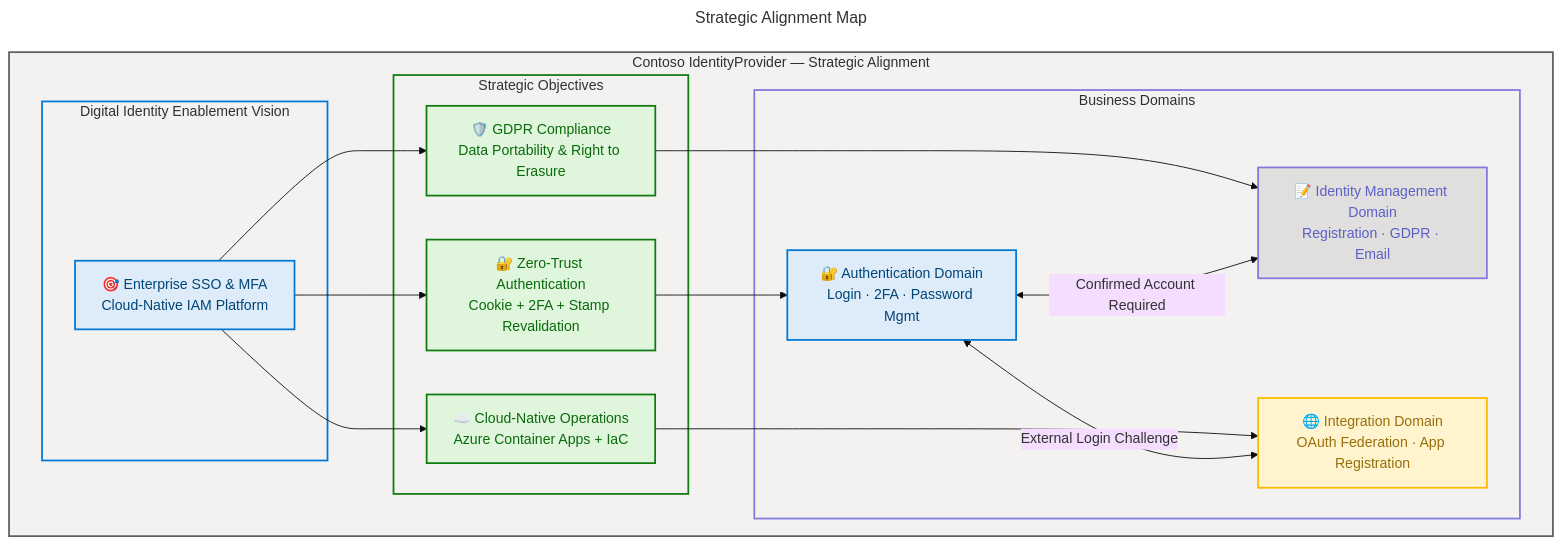
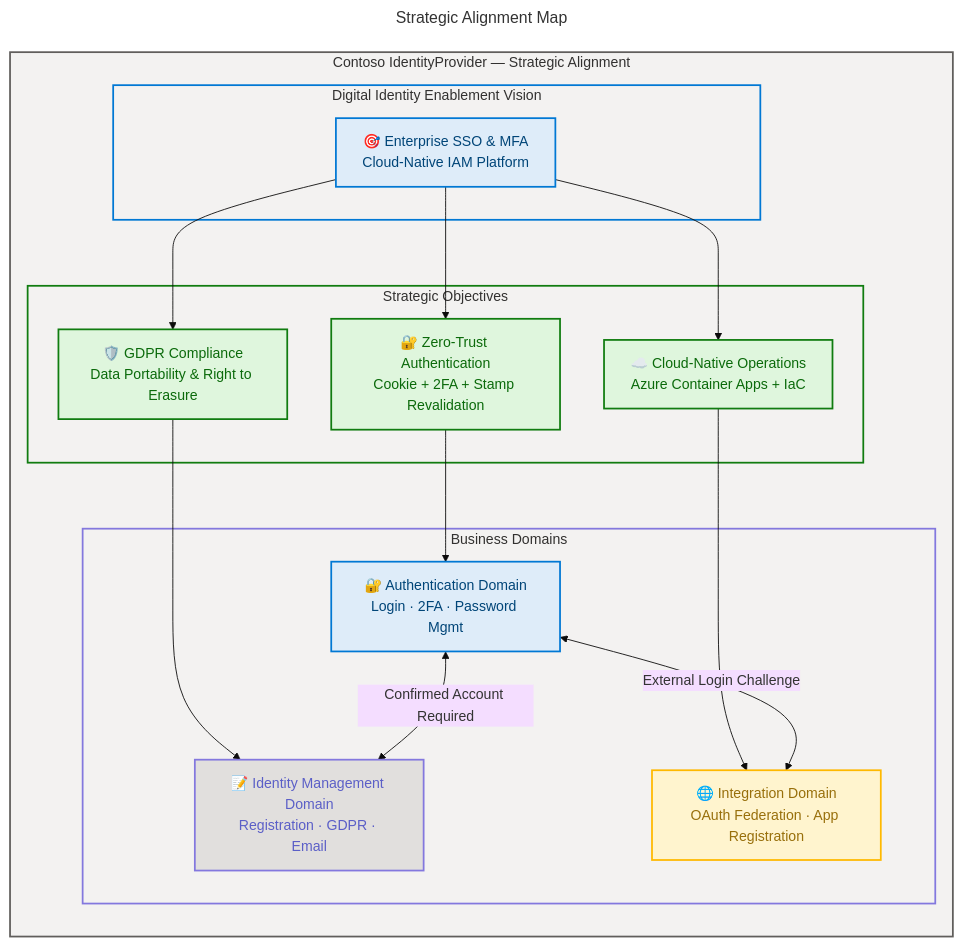
One commit to Evilazaro/IdentityProvider changed the first of 11 diagrams in docs/architecture/business-architecture.md. Above: the diagram before and after it, drawn with Mermaid. The commit also changed other lines of this file, not shown here.

Commit message:
Enhance clarity and structure in Business Architecture documentation by improving formatting, adding key gap highlights, and outlining recommended next steps for production readiness.

````diff
--- a/docs/architecture/business-architecture.md
+++ b/docs/architecture/business-architecture.md
@@ -13,71 +17,71 @@
 ```mermaid
 ---
 title: Strategic Alignment Map
 config:
   theme: base
   look: classic
   layout: dagre
   themeVariables:
     fontSize: '16px'
   flowchart:
     htmlLabels: true
 ---
-flowchart TD
+flowchart LR
     accTitle: Strategic Alignment Map — Contoso IdentityProvider
     accDescr: Maps strategic objectives to the three business domains showing alignment with Digital Identity Enablement vision
 
     %% ═══════════════════════════════════════════════════════════════
     %% AZURE / FLUENT ARCHITECTURE PATTERN v1.1
     %% Semantic + Structural + Font + Accessibility Governance
     %% ═══════════════════════════════════════════════════════════════
     %% PHASE 1 — STRUCTURAL: Direction explicit, nesting ≤ 3
     %% PHASE 2 — SEMANTIC: Max 5 classes, neutral-first
     %% PHASE 3 — FONT: Dark text on light backgrounds ≥ 4.5:1
     %% PHASE 4 — ACCESSIBILITY: accTitle + accDescr + icons on all nodes
     %% PHASE 5 — STANDARD: Governance block + classDefs centralized
     %% ═══════════════════════════════════════════════════════════════
 
     subgraph main["Contoso IdentityProvider — Strategic Alignment"]
         subgraph vision["Digital Identity Enablement Vision"]
             V1["🎯 Enterprise SSO & MFA<br/>Cloud-Native IAM Platform"]
         end
 
         subgraph strategies["Strategic Objectives"]
             SO1["🔐 Zero-Trust Authentication<br/>Cookie + 2FA + Stamp Revalidation"]
             SO2["🛡️ GDPR Compliance<br/>Data Portability & Right to Erasure"]
             SO3["☁️ Cloud-Native Operations<br/>Azure Container Apps + IaC"]
         end
 
         subgraph domains["Business Domains"]
             D1["🔐 Authentication Domain<br/>Login · 2FA · Password Mgmt"]
             D2["📝 Identity Management Domain<br/>Registration · GDPR · Email"]
             D3["🌐 Integration Domain<br/>OAuth Federation · App Registration"]
         end
     end
 
     V1 --> SO1
     V1 --> SO2
     V1 --> SO3
     SO1 --> D1
     SO2 --> D2
     SO3 --> D3
     D1 <-->|Confirmed Account Required| D2
     D1 <-->|External Login Challenge| D3
 
     %% Semantic classDefs
     classDef core fill:#DEECF9,stroke:#0078D4,stroke-width:2px,color:#004578
     classDef success fill:#DFF6DD,stroke:#107C10,stroke-width:2px,color:#0B6A0B
     classDef warning fill:#FFF4CE,stroke:#FFB900,stroke-width:2px,color:#986F0B
     classDef data fill:#E1DFDD,stroke:#8378DE,stroke-width:2px,color:#5B5FC7
 
     class V1,D1 core
     class SO1,SO2,SO3 success
     class D2 data
     class D3 warning
 
     %% Subgraph styling (style directive required for subgraphs)
     style main fill:#F3F2F1,stroke:#605E5C,stroke-width:2px,color:#323130
     style vision fill:#F3F2F1,stroke:#0078D4,stroke-width:2px,color:#323130
     style strategies fill:#F3F2F1,stroke:#107C10,stroke-width:2px,color:#323130
     style domains fill:#F3F2F1,stroke:#8378DE,stroke-width:2px,color:#323130
 ```
````
